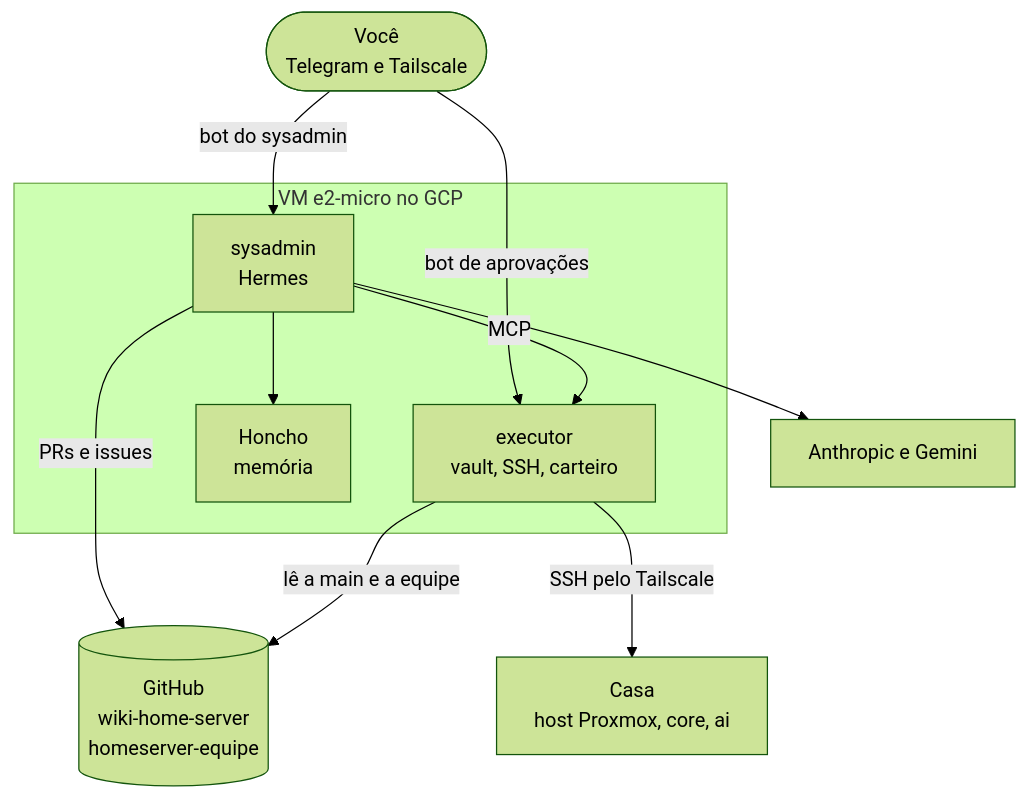
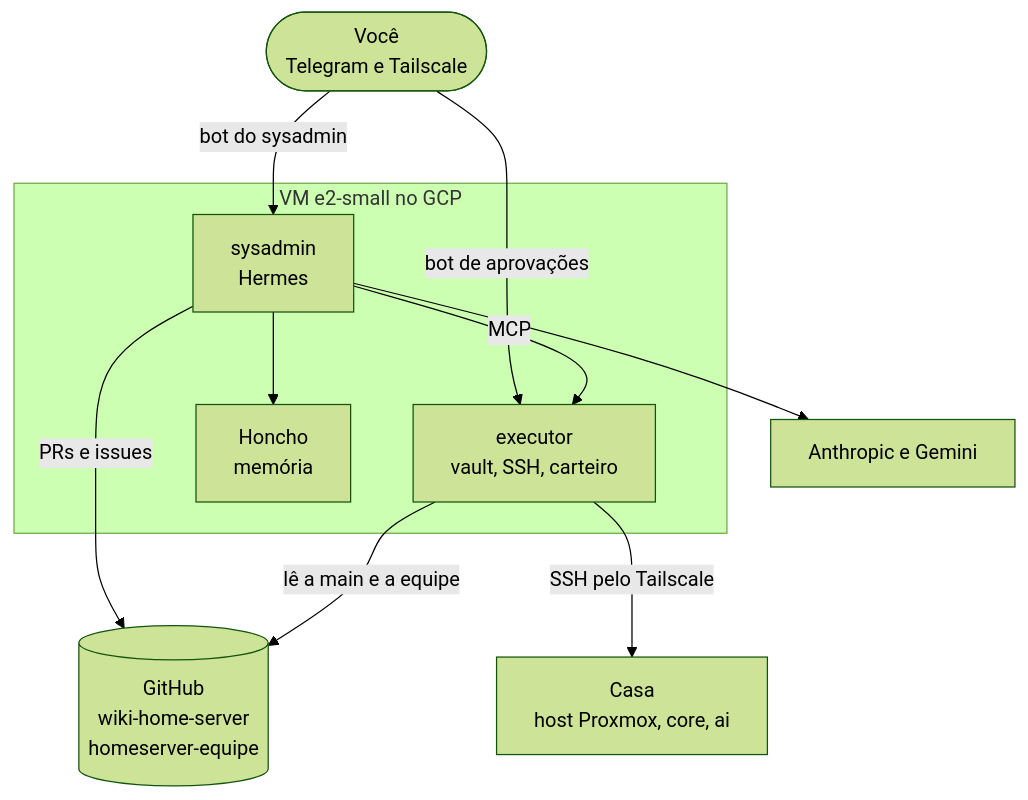
One commit to lioevano/wiki-home-server changed the first of 4 diagrams in wiki/docs/01-manual-implementacao/02-sysadmin-gcp.md. Above: the diagram before and after it, drawn with Mermaid (forest theme). The commit also changed other lines of this file and 12 other files, not shown here.

````diff
--- a/wiki/docs/01-manual-implementacao/02-sysadmin-gcp.md
+++ b/wiki/docs/01-manual-implementacao/02-sysadmin-gcp.md
@@ -13,20 +13,20 @@
 ```mermaid
 flowchart TB
     leo(["Você<br/>Telegram e Tailscale"])
-    subgraph gcp["VM e2-micro no GCP"]
+    subgraph gcp["VM e2-small no GCP"]
         sa["sysadmin<br/>Hermes"]
         ex["executor<br/>vault, SSH, carteiro"]
         hon["Honcho<br/>memória"]
     end
     gh[("GitHub<br/>wiki-home-server<br/>homeserver-equipe")]
     casa["Casa<br/>host Proxmox, core, ai"]
     llm["Anthropic e Gemini"]
     leo -- "bot do sysadmin" --> sa
     leo -- "bot de aprovações" --> ex
     sa -- "MCP" --> ex
     sa --> hon
     sa -- "PRs e issues" --> gh
     ex -- "lê a main e a equipe" --> gh
     ex -- "SSH pelo Tailscale" --> casa
     sa --> llm
 ```
````
